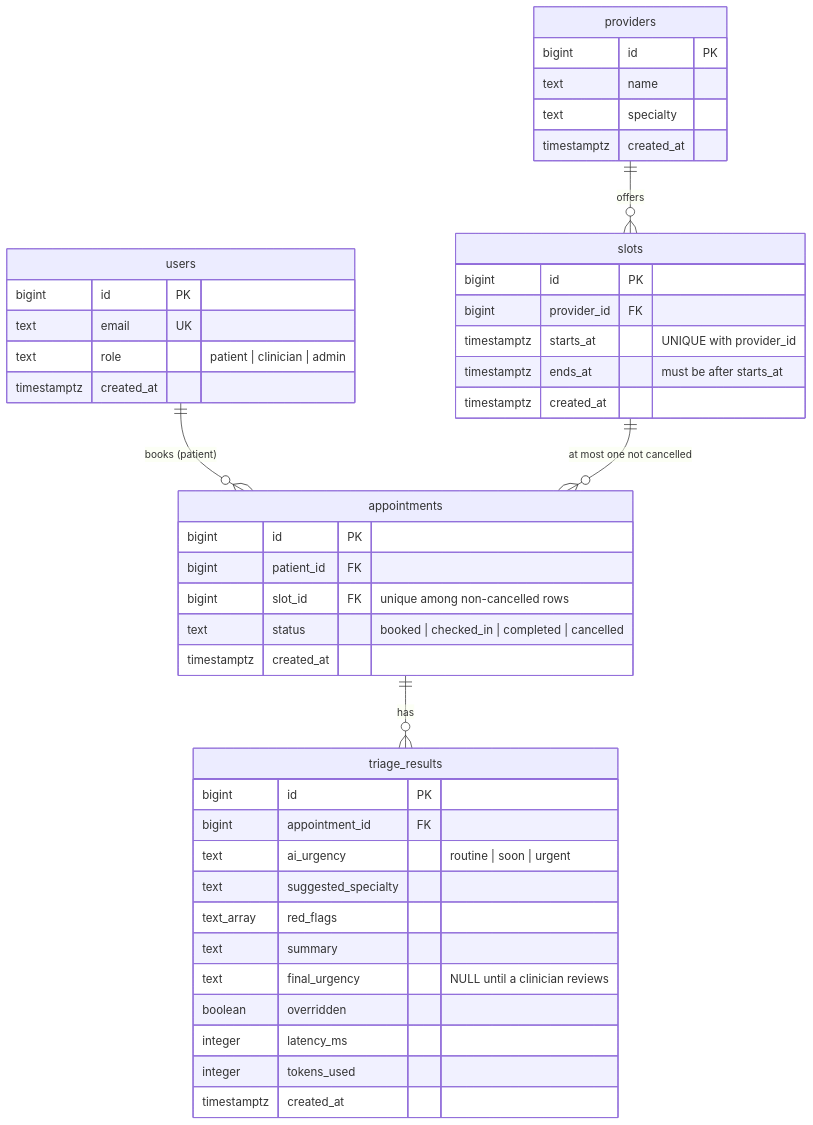
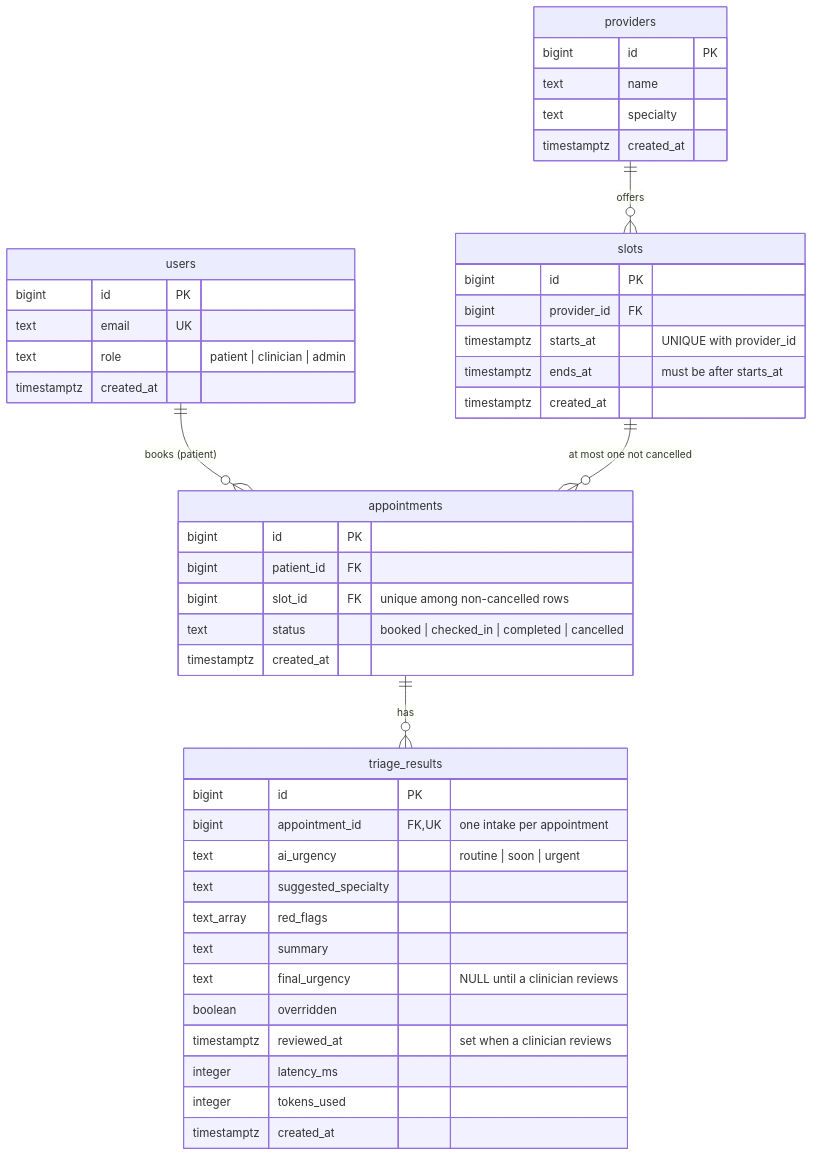
The diagram in docs/schema.md (TilokJahan/Clinic-portal), drawn with Mermaid before and after one commit. The commit also changed other lines of this file and 14 other files, not shown here.

First line of the commit message:
Add intake, clinician queue, live updates and triage review

````diff
--- a/docs/schema.md
+++ b/docs/schema.md
@@ -6,47 +6,48 @@
 ```mermaid
 erDiagram
     users ||--o{ appointments : "books (patient)"
     providers ||--o{ slots : offers
     slots ||--o{ appointments : "at most one not cancelled"
     appointments ||--o{ triage_results : has
 
     users {
         bigint id PK
         text email UK
         text role "patient | clinician | admin"
         timestamptz created_at
     }
     providers {
         bigint id PK
         text name
         text specialty
         timestamptz created_at
     }
     slots {
         bigint id PK
         bigint provider_id FK
         timestamptz starts_at "UNIQUE with provider_id"
         timestamptz ends_at "must be after starts_at"
         timestamptz created_at
     }
     appointments {
         bigint id PK
         bigint patient_id FK
         bigint slot_id FK "unique among non-cancelled rows"
         text status "booked | checked_in | completed | cancelled"
         timestamptz created_at
     }
     triage_results {
         bigint id PK
-        bigint appointment_id FK
+        bigint appointment_id FK,UK "one intake per appointment"
         text ai_urgency "routine | soon | urgent"
         text suggested_specialty
         text_array red_flags
         text summary
         text final_urgency "NULL until a clinician reviews"
         boolean overridden
+        timestamptz reviewed_at "set when a clinician reviews"
         integer latency_ms
         integer tokens_used
         timestamptz created_at
     }
 ```
````
